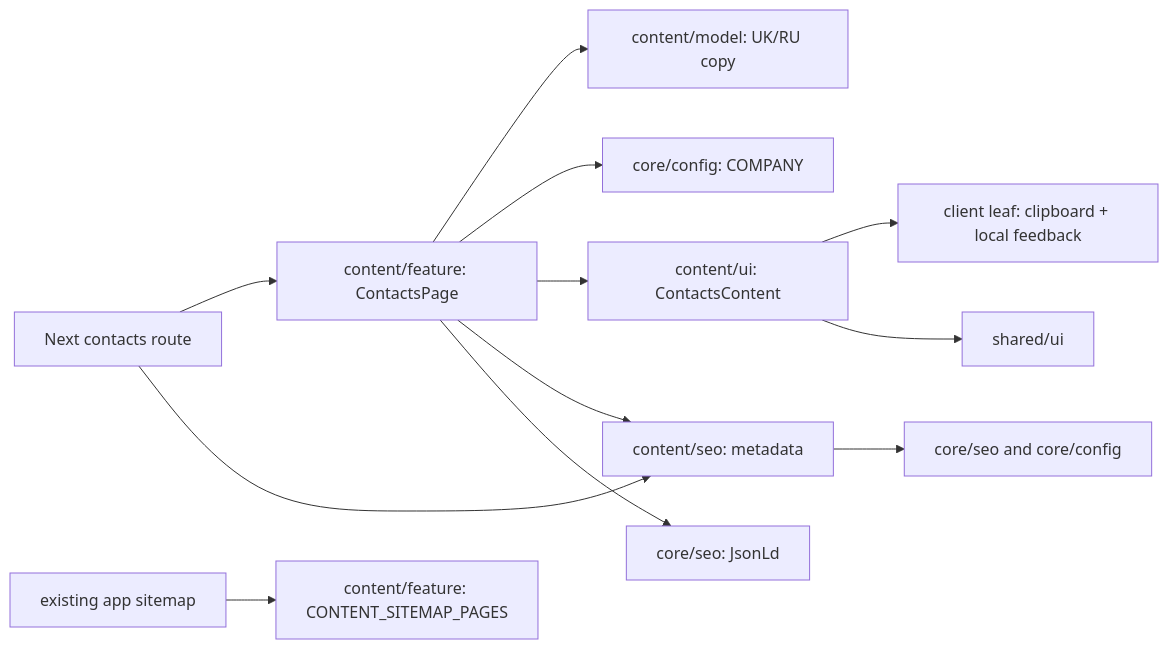
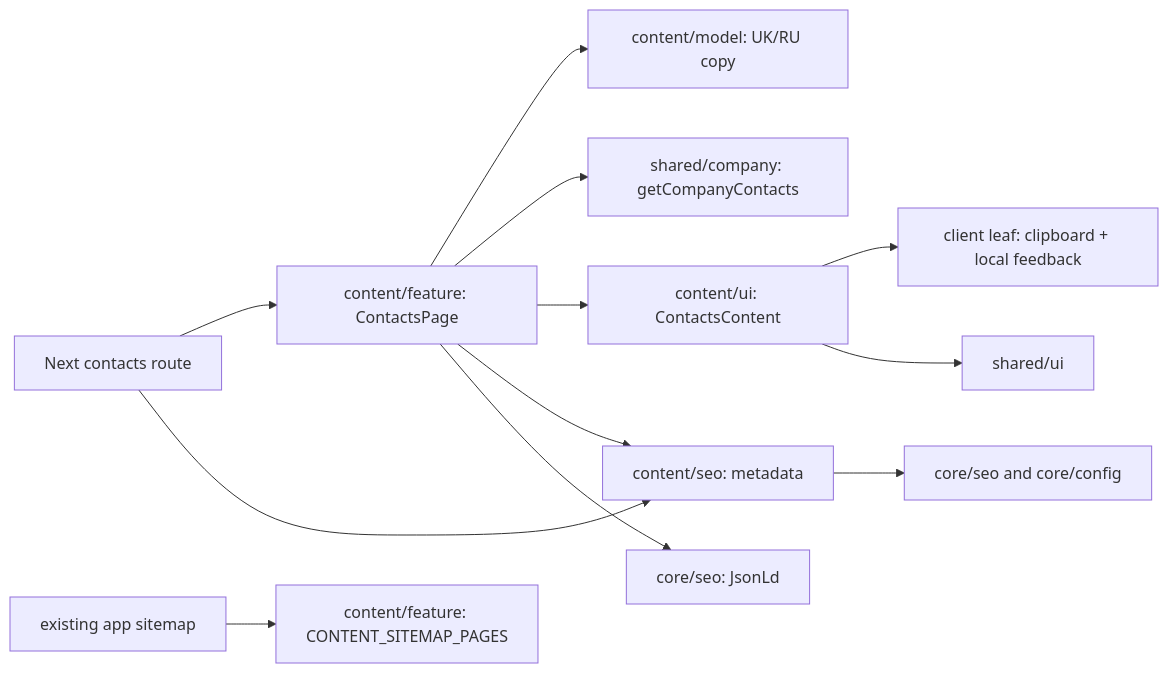
One commit to Weretik/kedr-web changed the diagram in docs/features/site/contacts.md. Above: the diagram before and after it, drawn with Mermaid. The commit also changed other lines of this file and 145 other files, not shown here.

First line of the commit message:
feat(contacts): site reads company contacts from the API, admin edits them

````diff
--- a/docs/features/site/contacts.md
+++ b/docs/features/site/contacts.md
@@ -9,14 +9,14 @@
 ```mermaid
 flowchart LR
   Route["Next contacts route"] --> Feature["content/feature: ContactsPage"]
   Route --> SEO["content/seo: metadata"]
   Feature --> Model["content/model: UK/RU copy"]
-  Feature --> Config["core/config: COMPANY"]
+  Feature --> Contacts["shared/company: getCompanyContacts"]
   Feature --> UI["content/ui: ContactsContent"]
   Feature --> SEO
   Feature --> JSON["core/seo: JsonLd"]
   UI --> Copy["client leaf: clipboard + local feedback"]
   UI --> Primitives["shared/ui"]
   SEO --> CoreSEO["core/seo and core/config"]
   Sitemap["existing app sitemap"] --> Descriptors["content/feature: CONTENT_SITEMAP_PAGES"]
 ```
````
